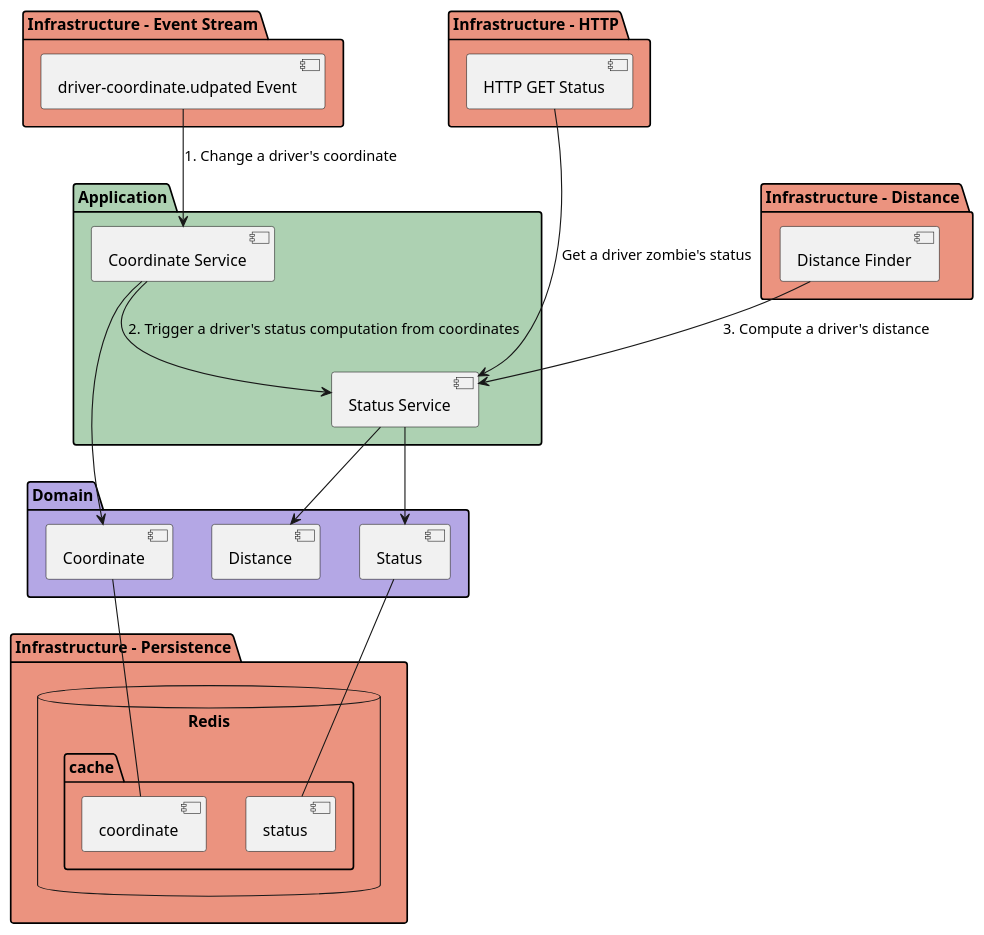
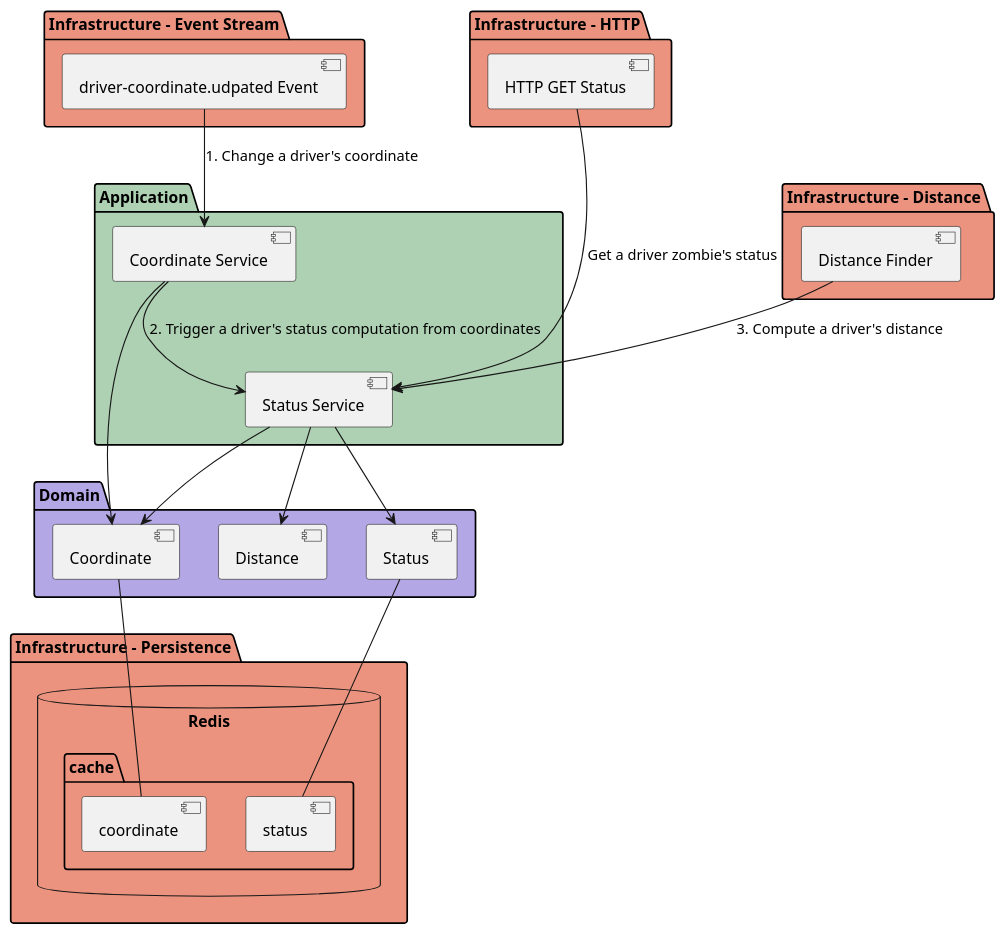
One commit to TestardR/geo-tracking changed the diagram in docs/gt-app-components.puml. Above: the diagram before and after it, drawn with PlantUML. The commit also changed 1 other file, not shown here.

Commit message:
refactor(diagram): display relationship between status service and coordinate domain model

```diff
--- a/docs/gt-app-components.puml
+++ b/docs/gt-app-components.puml
@@ -1,45 +1,46 @@
 @startuml
 'https://plantuml.com/component-diagram
 
 package "Infrastructure - HTTP" #EB937F {
    [HTTP GET Status] as http_get_status 
 }
 
 package "Infrastructure - Event Stream" #EB937F {
    [driver-coordinate.udpated Event] as event_driver_coordinate
 }
 
 package "Infrastructure - Distance" #EB937F {
     [Distance Finder] as distance_finder 
 }
 
 package "Application" #ADD1B2 {
     http_get_status ---> [Status Service]: Get a driver zombie's status
     event_driver_coordinate --> [Coordinate Service]: 1. Change a driver's coordinate
     [Coordinate Service] --> [Status Service]: 2. Trigger a driver's status computation from coordinates
     distance_finder --> [Status Service]: 3. Compute a driver's distance
 }
 
 package "Domain" #B4A7E5 {
     [Coordinate]
     [Status]
     [Distance]
 
     [Status Service] --> [Status]
     [Status Service] --> [Distance]
+    [Status Service] --> [Coordinate]
     
     [Coordinate Service] --> [Coordinate]
 }
 
 package "Infrastructure - Persistence" #EB937F {
      database "Redis" {
           folder "cache" {
             [status]
             [coordinate]
           }
 }
 
 [Status] -- [status]
 [Coordinate] -- [coordinate]
 
 @enduml
```
